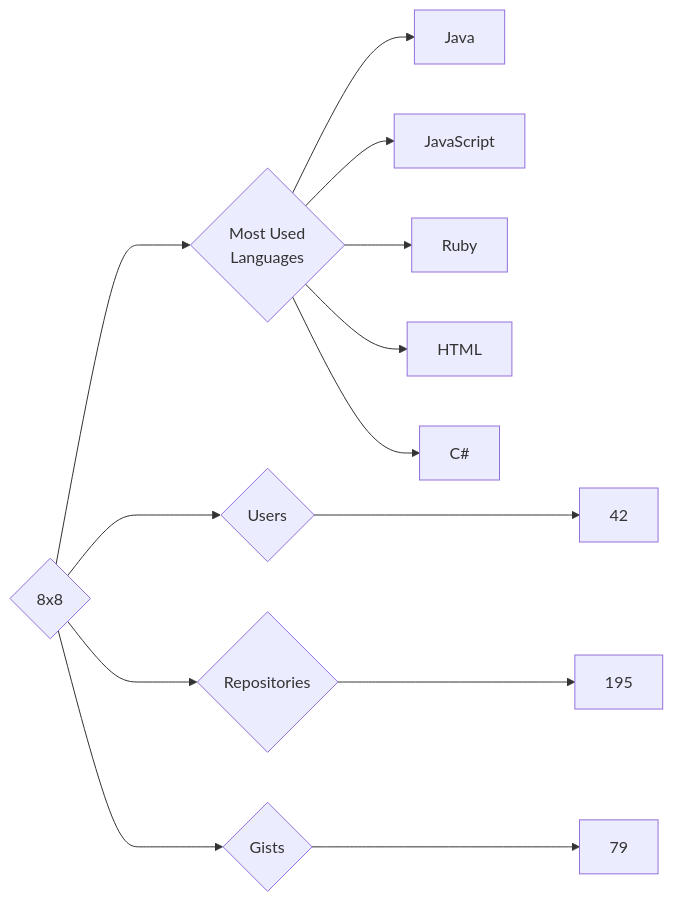
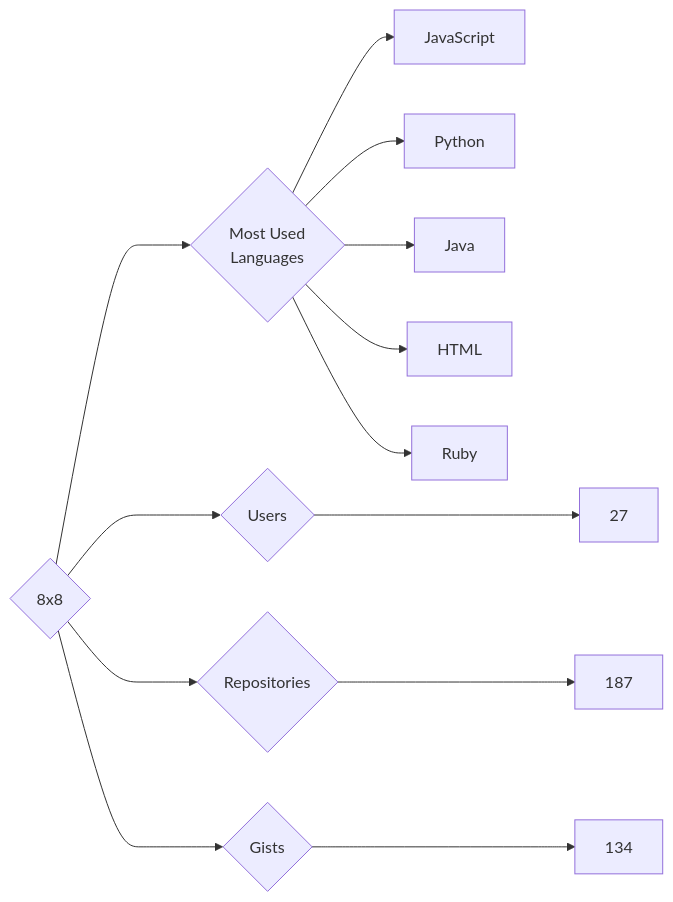
Before and after one commit to trickest/insiders: the diagram in targets/8x8/README.md, drawn with Mermaid. The commit also changed 870 other files, not shown here.

````diff
--- a/targets/8x8/README.md
+++ b/targets/8x8/README.md
@@ -3,13 +3,13 @@
 ```mermaid
 graph LR
 COMPANY_NAME{8x8}
-COMPANY_NAME ---> U{Users} ---> UN[42]
-COMPANY_NAME ---> R{Repositories} ---> RN[195]
-COMPANY_NAME ---> G{Gists} ---> GN[79]
+COMPANY_NAME ---> U{Users} ---> UN[27]
+COMPANY_NAME ---> R{Repositories} ---> RN[187]
+COMPANY_NAME ---> G{Gists} ---> GN[134]
 COMPANY_NAME ---> ML{Most Used<br>Languages}
+ML --> JavaScript[JavaScript]
+ML --> Python[Python]
 ML --> Java[Java]
-ML --> JavaScript[JavaScript]
+ML --> HTML[HTML]
 ML --> Ruby[Ruby]
-ML --> HTML[HTML]
-ML --> C#[C#]
 ```
````
